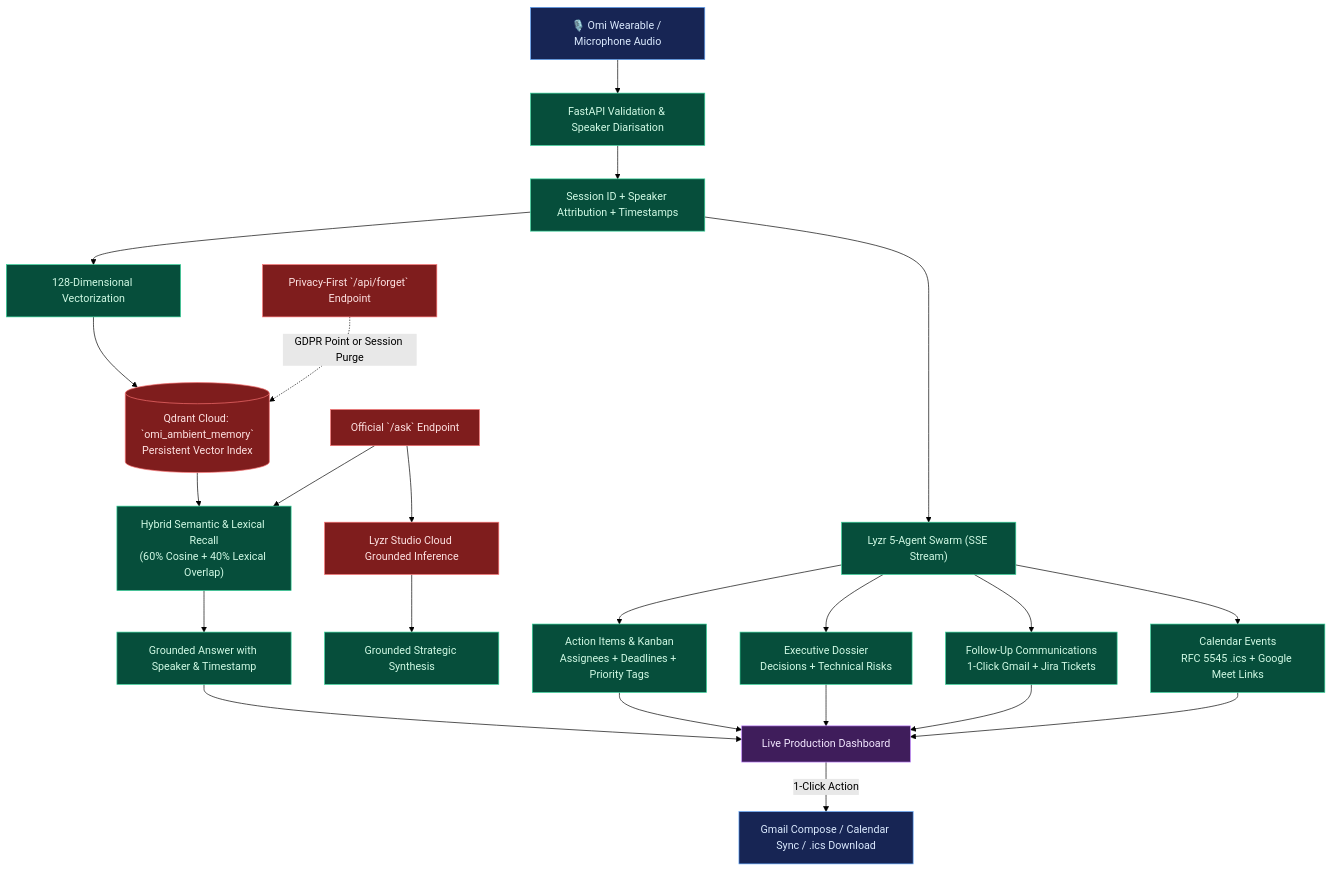
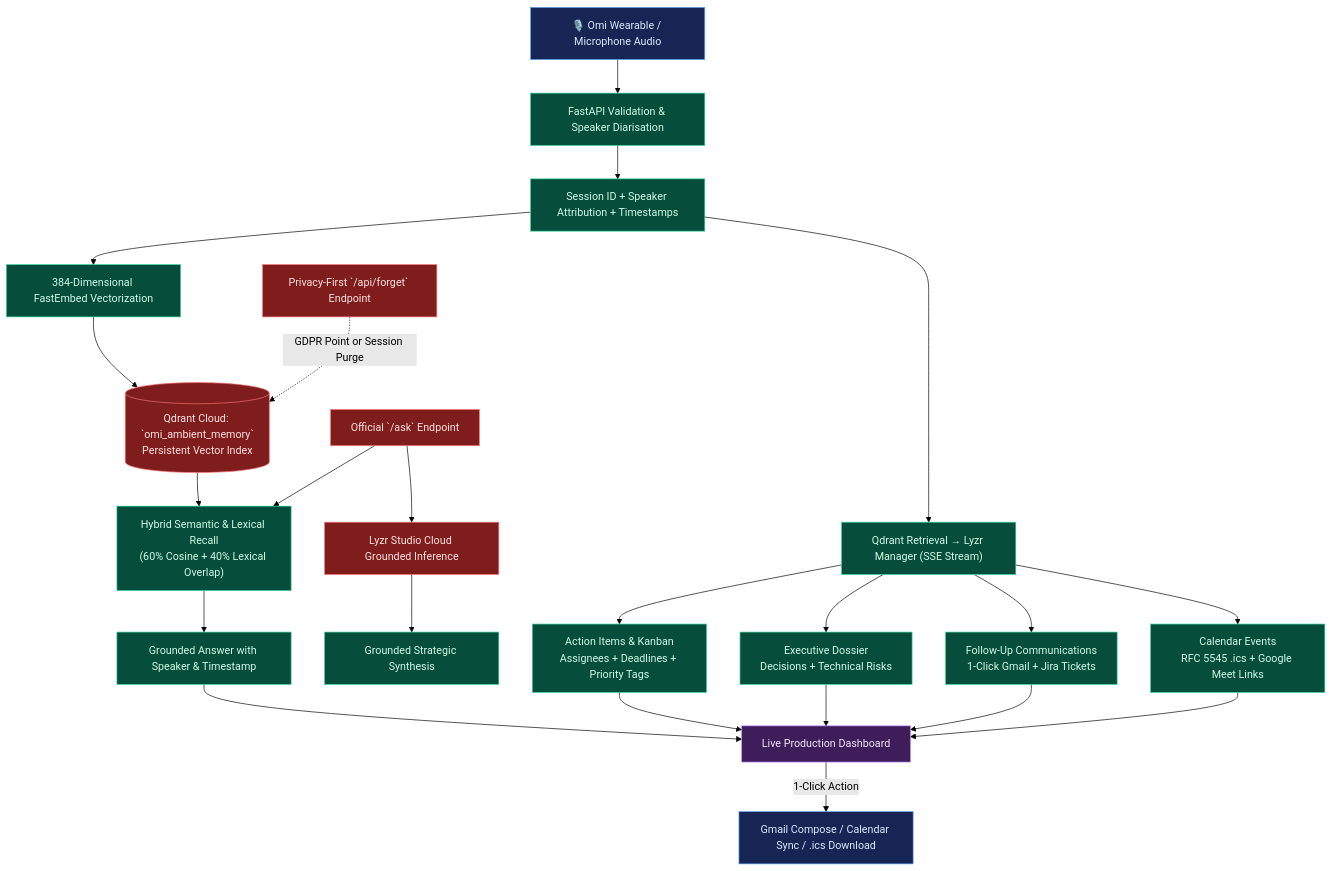
The diagram in docs/DATA_FLOW.md (masood-mashu/omimind-agent), drawn with Mermaid (forest theme) before and after one commit. The commit also changed 21 other files, not shown here.

Commit message:
feat(hackathon): align architecture with official track 1 connected loop requirements

````diff
--- a/docs/DATA_FLOW.md
+++ b/docs/DATA_FLOW.md
@@ -5,38 +5,38 @@
 ```mermaid
 flowchart TD
     Capture["🎙️ Omi Wearable / Microphone Audio"] --> Normalize["FastAPI Validation & Speaker Diarisation"]
     Normalize --> Session["Session ID + Speaker Attribution + Timestamps"]
-    Session --> Embed["128-Dimensional Vectorization"]
+    Session --> Embed["384-Dimensional FastEmbed Vectorization"]
     Embed --> Store[("Qdrant Cloud: `omi_ambient_memory`<br/>Persistent Vector Index")]
 
-    Session --> Pipeline["Lyzr 5-Agent Swarm (SSE Stream)"]
+    Session --> Pipeline["Qdrant Retrieval → Lyzr Manager (SSE Stream)"]
     Pipeline --> Extract["Action Items & Kanban<br/>Assignees + Deadlines + Priority Tags"]
     Pipeline --> Brief["Executive Dossier<br/>Decisions + Technical Risks"]
     Pipeline --> Dispatch["Follow-Up Communications<br/>1-Click Gmail + Jira Tickets"]
     Pipeline --> Schedule["Calendar Events<br/>RFC 5545 .ics + Google Meet Links"]
 
     Store --> Search["Hybrid Semantic & Lexical Recall<br/>(60% Cosine + 40% Lexical Overlap)"]
     Search --> Answer["Grounded Answer with Speaker & Timestamp"]
     Answer --> Dashboard["Live Production Dashboard"]
 
     Extract --> Dashboard
     Brief --> Dashboard
     Dispatch --> Dashboard
     Schedule --> Dashboard
 
     Dashboard -->|1-Click Action| External["Gmail Compose / Calendar Sync / .ics Download"]
 
     Delete["Privacy-First `/api/forget` Endpoint"] -.->|GDPR Point or Session Purge| Store
     Ask["Official `/ask` Endpoint"] --> Search
     Ask --> Lyzr["Lyzr Studio Cloud Grounded Inference"]
     Lyzr --> OutputAnswer["Grounded Strategic Synthesis"]
 
     classDef input fill:#172554,stroke:#60a5fa,color:#dbeafe;
     classDef process fill:#064e3b,stroke:#34d399,color:#d1fae5;
     classDef sensitive fill:#7f1d1d,stroke:#f87171,color:#fee2e2;
     classDef output fill:#3f1d5b,stroke:#c084fc,color:#f3e8ff;
     class Capture,External input;
     class Normalize,Session,Embed,Pipeline,Extract,Brief,Dispatch,Schedule,Search,Answer,OutputAnswer process;
     class Store,Delete,Ask,Lyzr sensitive;
     class Dashboard output;
 ```
````
